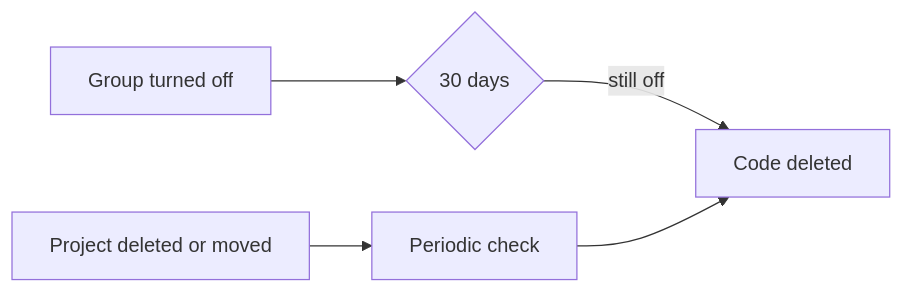
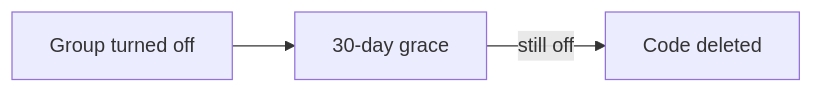
The seventh of 7 diagrams in docs/pages/engineering/architecture/indexing/code-indexing.md (gitlabhq/orbit-knowledge-graph), drawn with Mermaid before and after one commit. The commit also changed other lines of this file and 8 other files, not shown here.

Commit message:
docs(testing): rewrite the end-to-end page and use banner diagrams

````diff
--- a/docs/pages/engineering/architecture/indexing/code-indexing.md
+++ b/docs/pages/engineering/architecture/indexing/code-indexing.md
@@ -127,5 +123,4 @@
 ```mermaid
 flowchart LR
-    Off[Group turned off] --> Grace{30 days} -- still off --> Gone[Code deleted]
-    Moved[Project deleted or moved] --> Check[Periodic check] --> Gone
+    Off[Group turned off] --> Grace[30-day grace] -- still off --> Gone[Code deleted]
 ```
````
